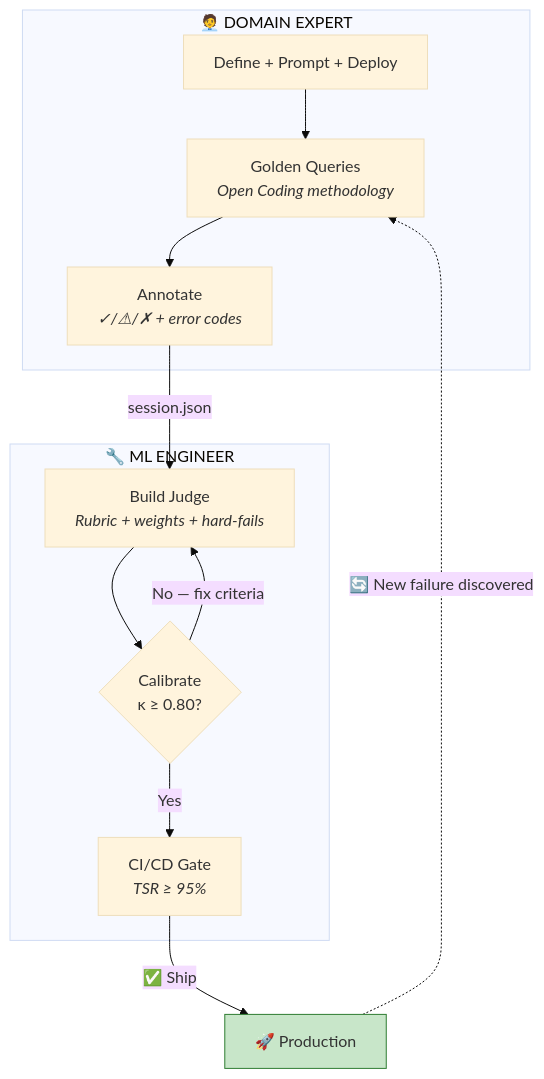
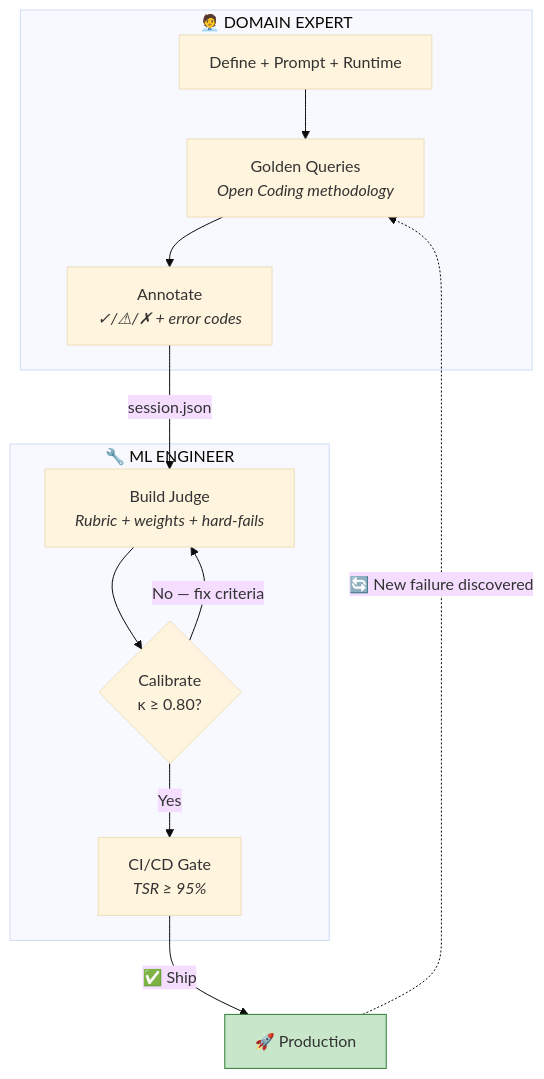
Before and after one commit to aws-samples/sample-GEDD: the second of 3 diagrams in README.md, drawn with Mermaid (base theme). The commit also changed other lines of this file, not shown here.

````diff
--- a/README.md
+++ b/README.md
@@ -70,24 +70,24 @@
 ```mermaid
 flowchart TD
     subgraph EXPERT["🧑‍💼 DOMAIN EXPERT"]
-        D["Define + Prompt + Deploy"]
+        D["Define + Prompt + Runtime"]
         Q["Golden Queries<br/><i>Open Coding methodology</i>"]
         A["Annotate<br/><i>✓/⚠/✗ + error codes</i>"]
         D --> Q --> A
     end
 
     subgraph ENGINEER["🔧 ML ENGINEER"]
         J["Build Judge<br/><i>Rubric + weights + hard-fails</i>"]
         K{"Calibrate<br/>κ ≥ 0.80?"}
         CI["CI/CD Gate<br/><i>TSR ≥ 95%</i>"]
         J --> K
         K -->|"Yes"| CI
         K -->|"No — fix criteria"| J
     end
 
     A -->|"session.json"| J
     CI -->|"✅ Ship"| PROD["🚀 Production"]
     PROD -.->|"🔄 New failure discovered"| Q
 
     style PROD fill:#c8e6c9,stroke:#2e7d32
 ```
````
